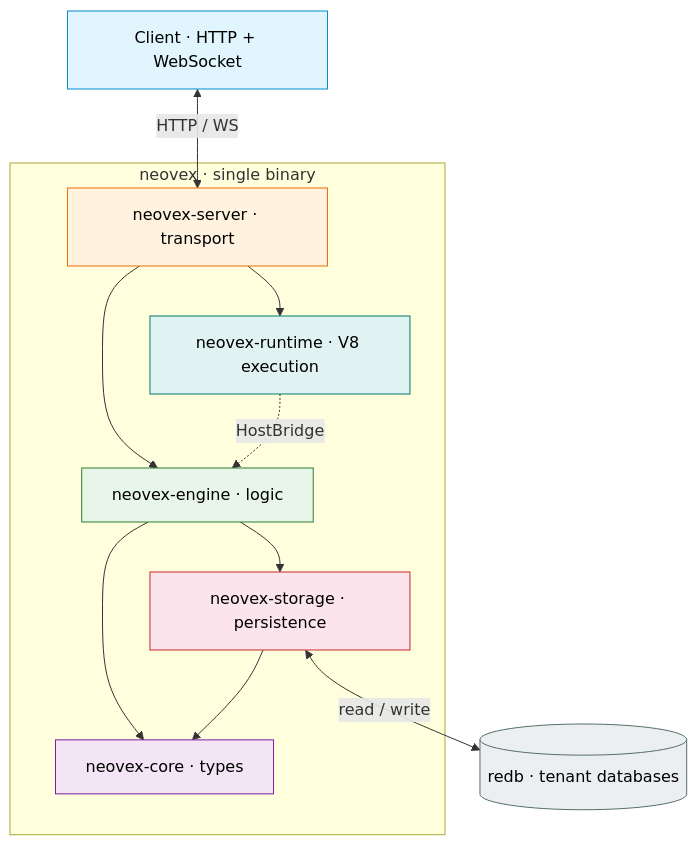
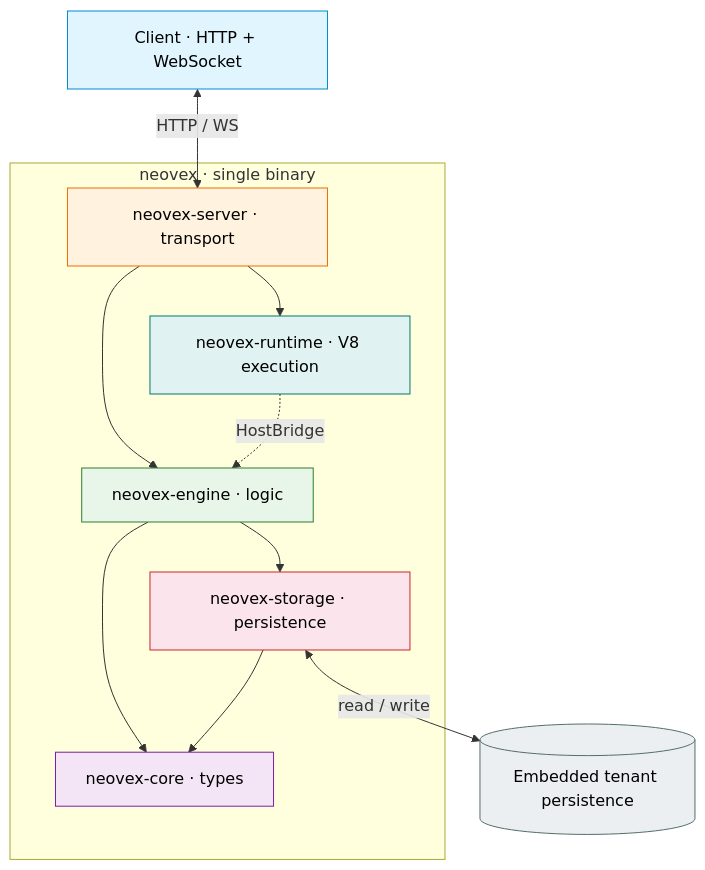
The second of 6 diagrams in ARCHITECTURE.md (nimbus/nimbus), drawn with Mermaid before and after one commit. The commit also changed other lines of this file and 83 other files, not shown here.

````diff
--- a/ARCHITECTURE.md
+++ b/ARCHITECTURE.md
@@ -56,39 +58,39 @@
 ```mermaid
 flowchart TD
     Client["Client · HTTP + WebSocket"]
 
     subgraph binary["neovex · single binary"]
         Server["neovex-server · transport"]
         Engine["neovex-engine · logic"]
         Runtime["neovex-runtime · V8 execution"]
         Storage["neovex-storage · persistence"]
         Core["neovex-core · types"]
 
         Server --> Engine
         Server --> Runtime
         Runtime -.->|HostBridge| Engine
         Engine --> Storage
         Engine & Storage --> Core
     end
 
-    Disk[("redb · tenant databases")]
+    Disk[("Embedded tenant persistence")]
 
     Client <-->|HTTP / WS| Server
     Storage <-->|read / write| Disk
 
     classDef client fill:#e1f5fe,stroke:#0288d1,color:#000
     classDef transport fill:#fff3e0,stroke:#ef6c00,color:#000
     classDef runtime fill:#e0f2f1,stroke:#00796b,color:#000
     classDef logic fill:#e8f5e9,stroke:#2e7d32,color:#000
     classDef storage fill:#fce4ec,stroke:#c62828,color:#000
     classDef types fill:#f3e5f5,stroke:#7b1fa2,color:#000
     classDef disk fill:#eceff1,stroke:#546e6a,color:#000
 
     class Client client
     class Server transport
     class Runtime runtime
     class Engine logic
     class Storage storage
     class Core types
     class Disk disk
 ```
````
